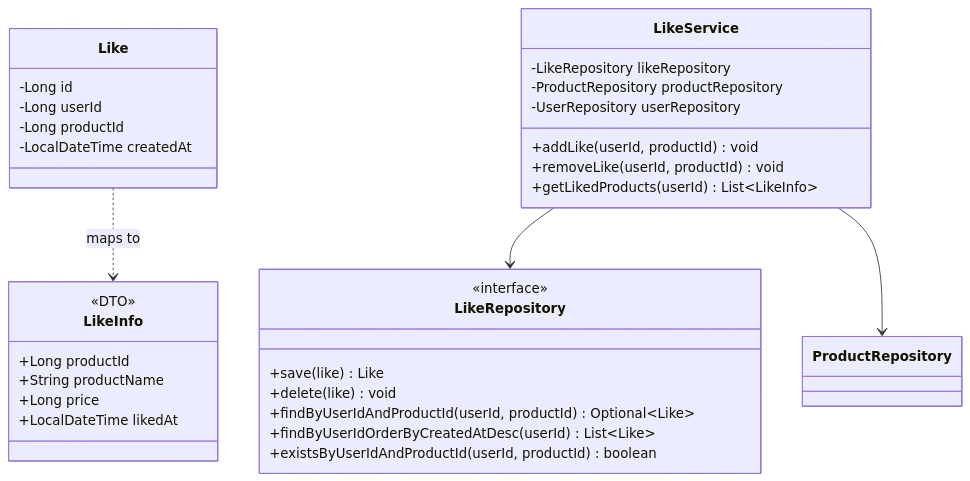
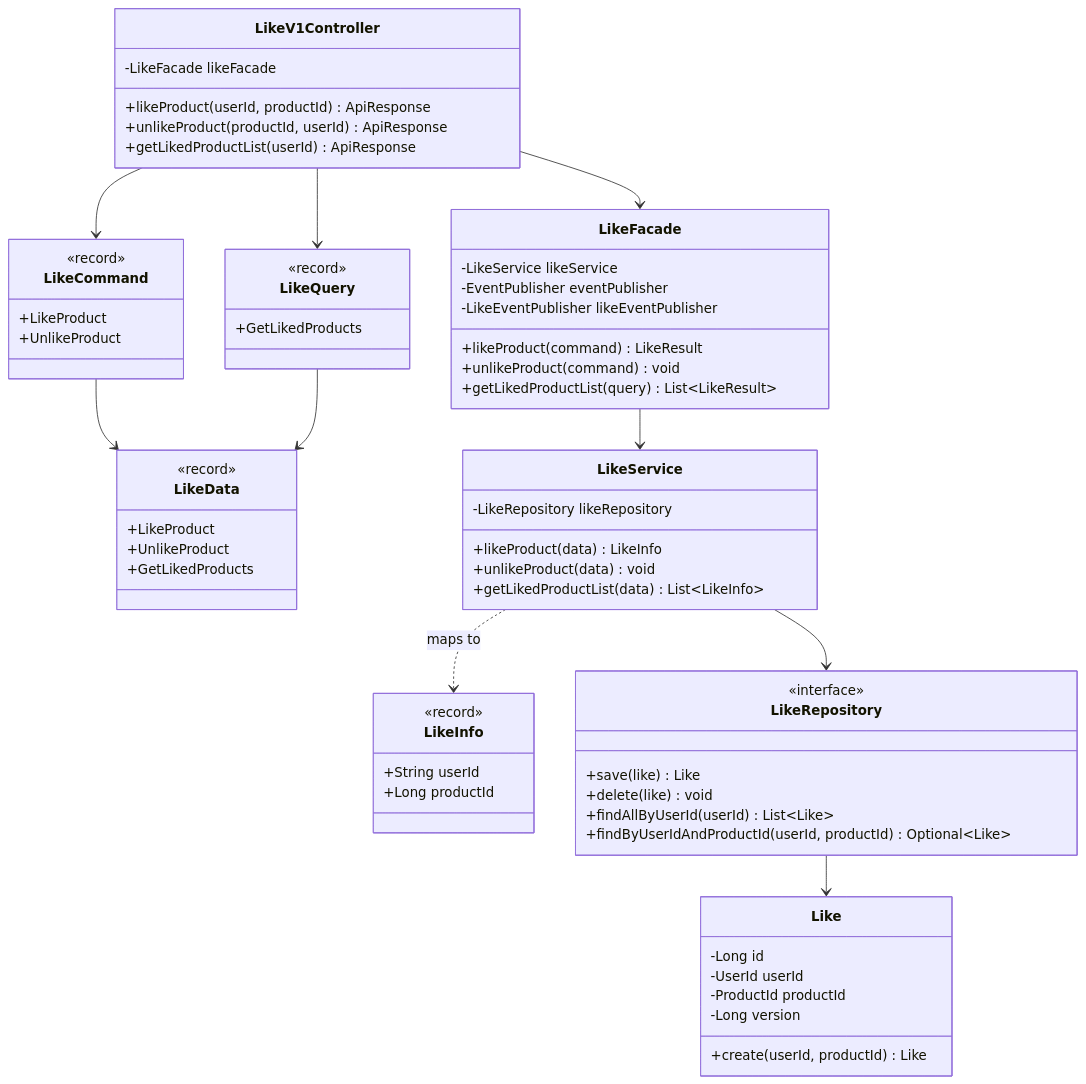
The sixth of 9 diagrams in docs/03-class-diagrams.md (yht0827/my-commerce), drawn with Mermaid before and after one commit. The commit also changed 16 other files, not shown here.

````diff
--- a/docs/03-class-diagrams.md
+++ b/docs/03-class-diagrams.md
@@ -304,39 +304,75 @@
 ```mermaid
 classDiagram
-    class Like {
-        -Long id
-        -Long userId
-        -Long productId
-        -LocalDateTime createdAt
+    class LikeV1Controller {
+        -LikeFacade likeFacade
+        +likeProduct(userId, productId) ApiResponse
+        +unlikeProduct(productId, userId) ApiResponse
+        +getLikedProductList(userId) ApiResponse
+    }
+
+    class LikeFacade {
+        -LikeService likeService
+        -EventPublisher eventPublisher
+        -LikeEventPublisher likeEventPublisher
+        +likeProduct(command) LikeResult
+        +unlikeProduct(command) void
+        +getLikedProductList(query) List~LikeResult~
+    }
+
+    class LikeCommand {
+        <<record>>
+        +LikeProduct
+        +UnlikeProduct
+    }
+
+    class LikeQuery {
+        <<record>>
+        +GetLikedProducts
+    }
+
+    class LikeData {
+        <<record>>
+        +LikeProduct
+        +UnlikeProduct
+        +GetLikedProducts
+    }
+
+    class LikeService {
+        -LikeRepository likeRepository
+        +likeProduct(data) LikeInfo
+        +unlikeProduct(data) void
+        +getLikedProductList(data) List~LikeInfo~
     }
 
     class LikeInfo {
-        <<DTO>>
+        <<record>>
+        +String userId
         +Long productId
-        +String productName
-        +Long price
-        +LocalDateTime likedAt
     }
 
     class LikeRepository {
         <<interface>>
         +save(like) Like
         +delete(like) void
+        +findAllByUserId(userId) List~Like~
         +findByUserIdAndProductId(userId, productId) Optional~Like~
-        +findByUserIdOrderByCreatedAtDesc(userId) List~Like~
-        +existsByUserIdAndProductId(userId, productId) boolean
     }
 
-    class LikeService {
-        -LikeRepository likeRepository
-        -ProductRepository productRepository
-        -UserRepository userRepository
-        +addLike(userId, productId) void
-        +removeLike(userId, productId) void
-        +getLikedProducts(userId) List~LikeInfo~
+    class Like {
+        -Long id
+        -UserId userId
+        -ProductId productId
+        -Long version
+        +create(userId, productId) Like
     }
 
-    Like ..> LikeInfo : maps to
+    LikeV1Controller --> LikeFacade
+    LikeV1Controller --> LikeCommand
+    LikeV1Controller --> LikeQuery
+    LikeFacade --> LikeService
+    LikeCommand --> LikeData
+    LikeQuery --> LikeData
     LikeService --> LikeRepository
-    LikeService --> ProductRepository
+    LikeService ..> LikeInfo : maps to
+    LikeRepository --> Like
 ```
````
